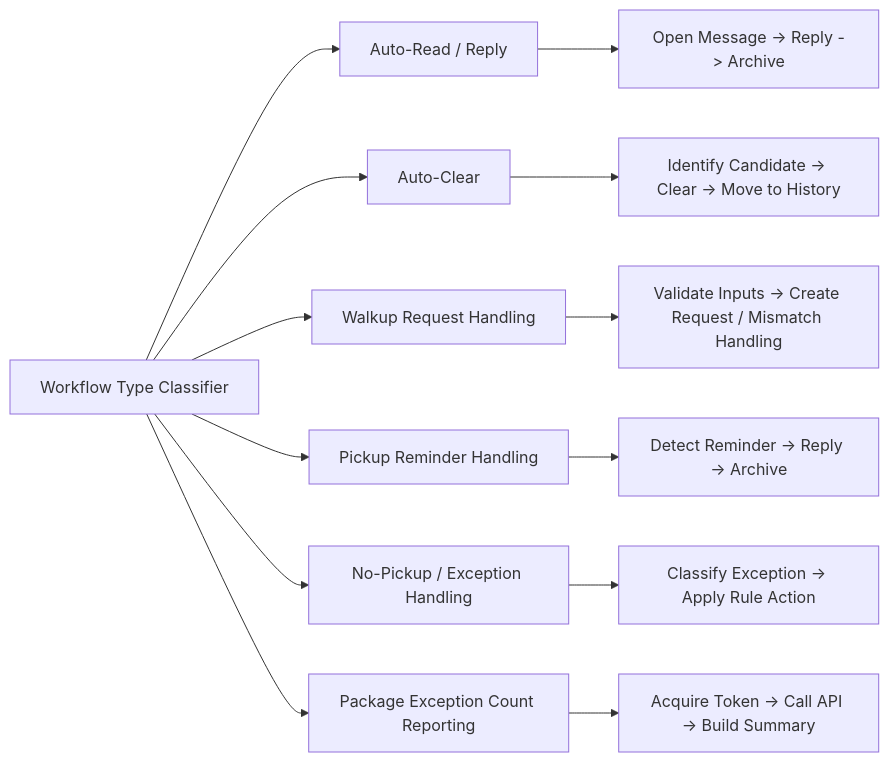
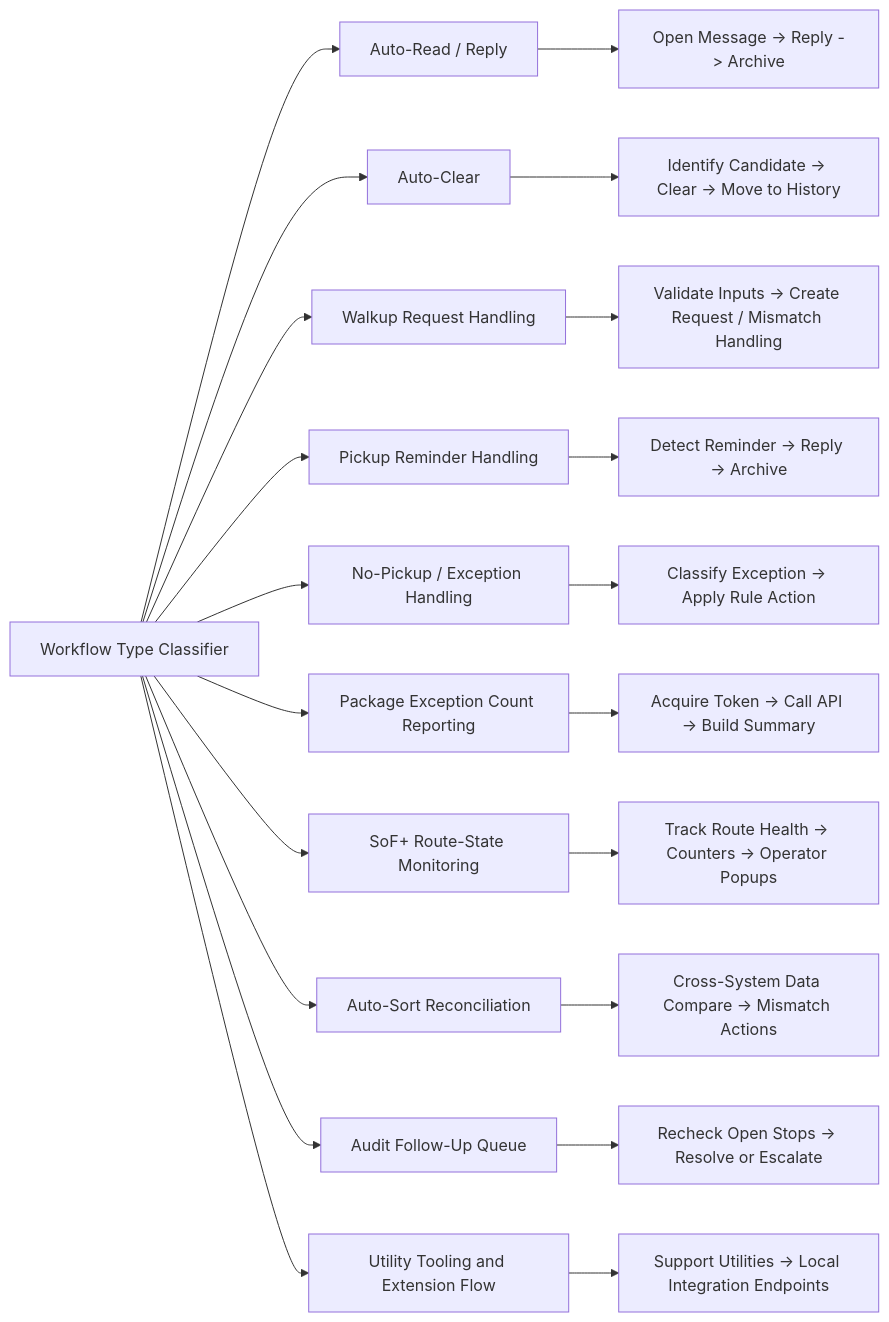
Before and after one commit to THESWLLC/ROUTR: the second of 3 diagrams in README.md, drawn with Mermaid. The commit also changed other lines of this file, not shown here.

````diff
--- a/README.md
+++ b/README.md
@@ -112,16 +119,24 @@
 ```mermaid
 flowchart LR
     A[Workflow Type Classifier] --> B[Auto-Read / Reply]
     A --> C[Auto-Clear]
     A --> D[Walkup Request Handling]
     A --> E[Pickup Reminder Handling]
     A --> F[No-Pickup / Exception Handling]
     A --> G[Package Exception Count Reporting]
+    A --> H[SoF+ Route-State Monitoring]
+    A --> I[Auto-Sort Reconciliation]
+    A --> J[Audit Follow-Up Queue]
+    A --> K[Utility Tooling and Extension Flow]
 
     B --> B1[Open Message -> Reply -> Archive]
     C --> C1[Identify Candidate -> Clear -> Move to History]
     D --> D1[Validate Inputs -> Create Request / Mismatch Handling]
     E --> E1[Detect Reminder -> Reply -> Archive]
     F --> F1[Classify Exception -> Apply Rule Action]
     G --> G1[Acquire Token -> Call API -> Build Summary]
+    H --> H1[Track Route Health -> Counters -> Operator Popups]
+    I --> I1[Cross-System Data Compare -> Mismatch Actions]
+    J --> J1[Recheck Open Stops -> Resolve or Escalate]
+    K --> K1[Support Utilities -> Local Integration Endpoints]
 ```
````
